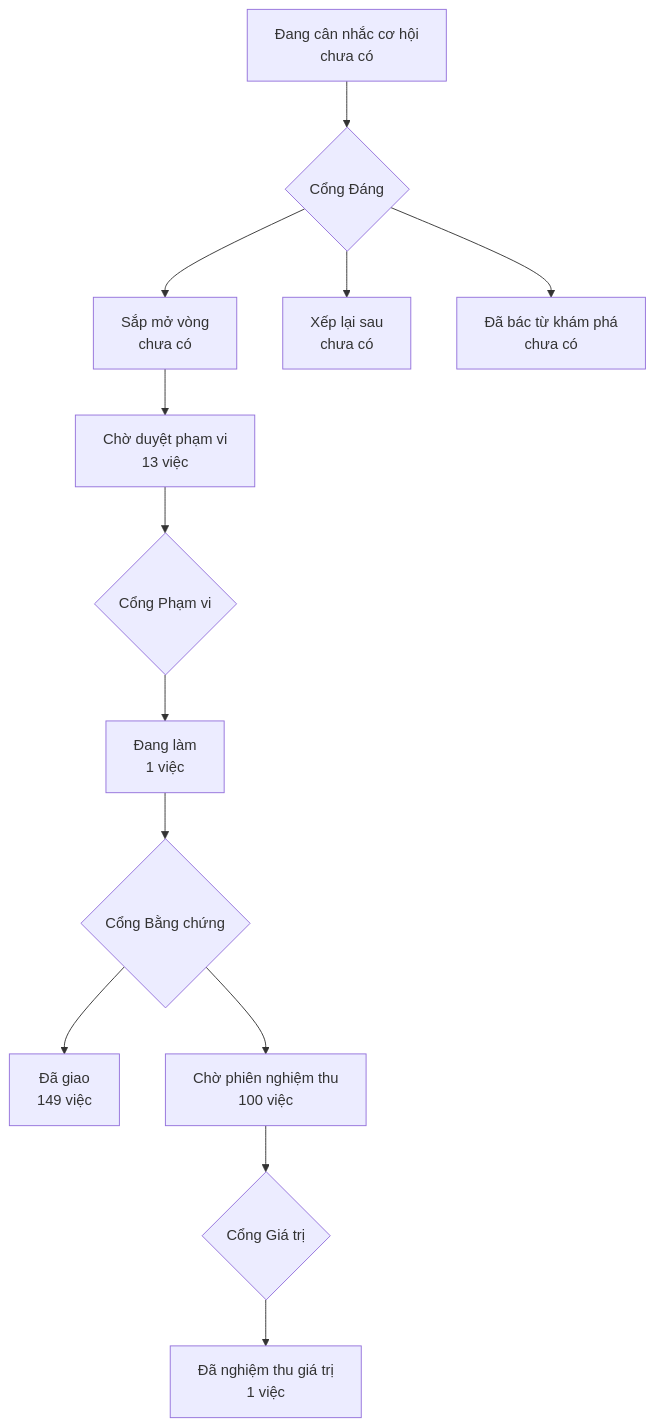
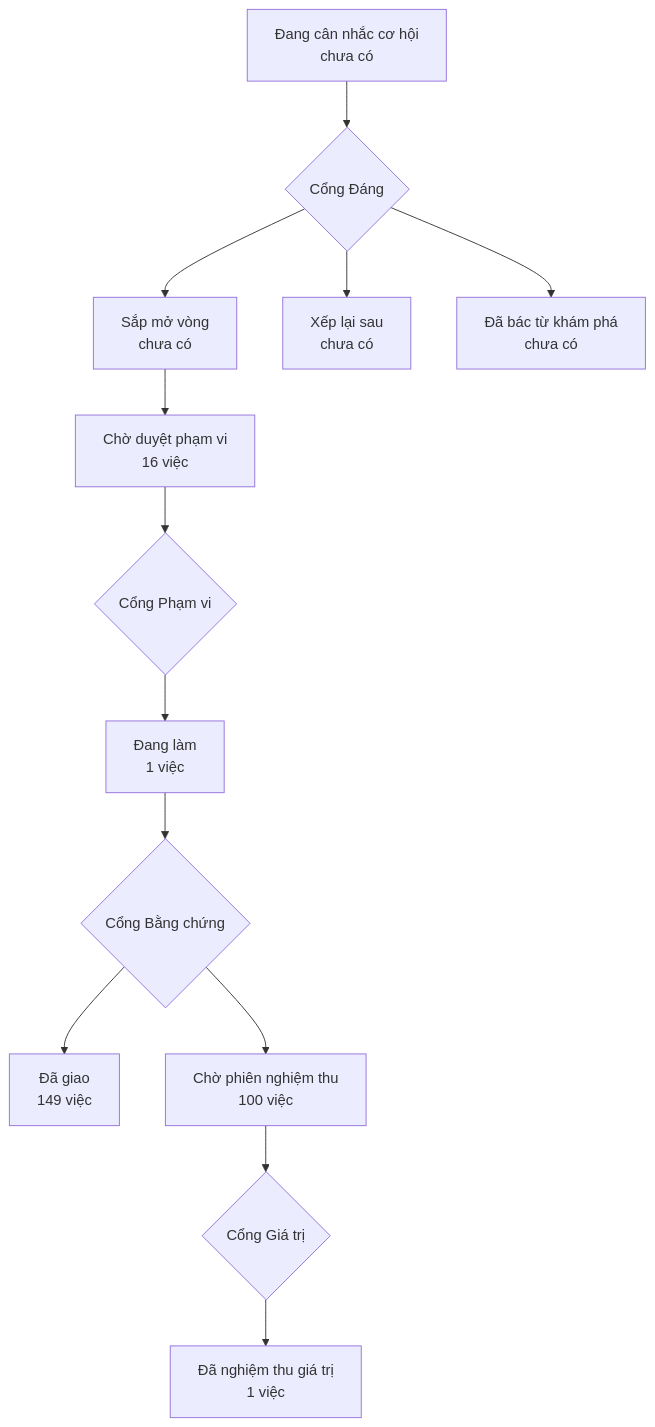
The diagram in PRODUCT-MAP.md (phanlemanh/onehub-invest), drawn with Mermaid before and after one commit. The commit also changed other lines of this file and 1 other file, not shown here.

````diff
--- a/PRODUCT-MAP.md
+++ b/PRODUCT-MAP.md
@@ -7,12 +7,12 @@
 ```mermaid
 flowchart TD
   A["Đang cân nhắc cơ hội<br/>chưa có"] --> GD{"Cổng Đáng"}
   GD --> B["Sắp mở vòng<br/>chưa có"]
   GD --> XL["Xếp lại sau<br/>chưa có"]
   GD --> DB["Đã bác từ khám phá<br/>chưa có"]
-  B --> CD["Chờ duyệt phạm vi<br/>13 việc"] --> GP{"Cổng Phạm vi"}
+  B --> CD["Chờ duyệt phạm vi<br/>16 việc"] --> GP{"Cổng Phạm vi"}
   GP --> DL["Đang làm<br/>1 việc"] --> GB{"Cổng Bằng chứng"}
   GB --> DG["Đã giao<br/>149 việc"]
   GB --> CN["Chờ phiên nghiệm thu<br/>100 việc"] --> GG{"Cổng Giá trị"}
   GG --> NT["Đã nghiệm thu giá trị<br/>1 việc"]
 ```
````
